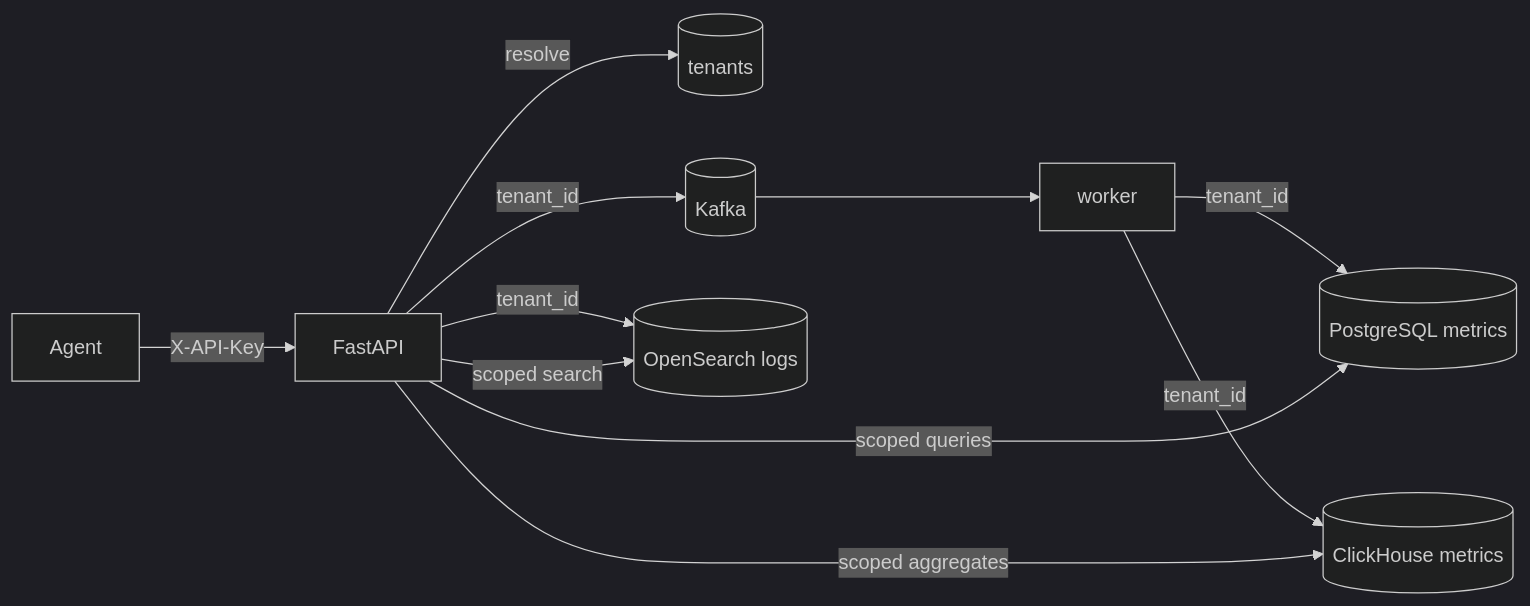
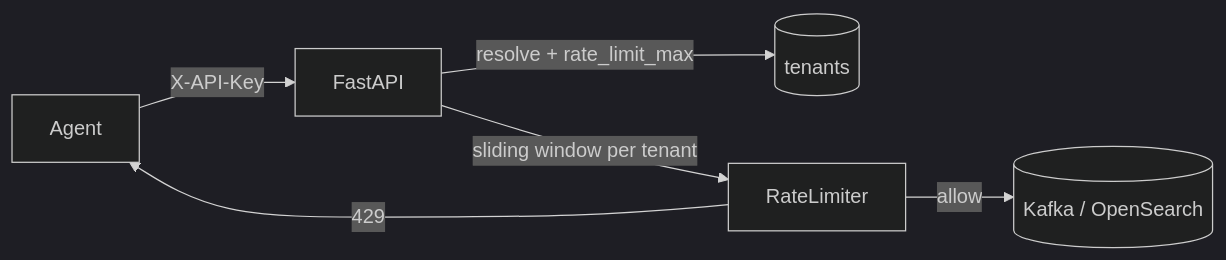
The diagram in docs/phase-6-architecture.md (jayakrishnan98/InsightNode), drawn with Mermaid (dark theme) before and after one commit. The commit also changed other lines of this file and 6 other files, not shown here.

````diff
--- a/docs/phase-6-architecture.md
+++ b/docs/phase-6-architecture.md
@@ -18,13 +18,8 @@
 ```mermaid
 flowchart LR
   Agent -->|X-API-Key| API[FastAPI]
-  API -->|resolve| T[(tenants)]
-  API -->|tenant_id| K[(Kafka)]
-  K --> W[worker]
-  W -->|tenant_id| PG[(PostgreSQL metrics)]
-  W -->|tenant_id| CH[(ClickHouse metrics)]
-  API -->|tenant_id| OS[(OpenSearch logs)]
-  API -->|scoped queries| PG
-  API -->|scoped aggregates| CH
-  API -->|scoped search| OS
+  API -->|resolve + rate_limit_max| T[(tenants)]
+  API -->|sliding window per tenant| RL[RateLimiter]
+  RL -->|allow| K[(Kafka / OpenSearch)]
+  RL -->|429| Agent
 ```
````
